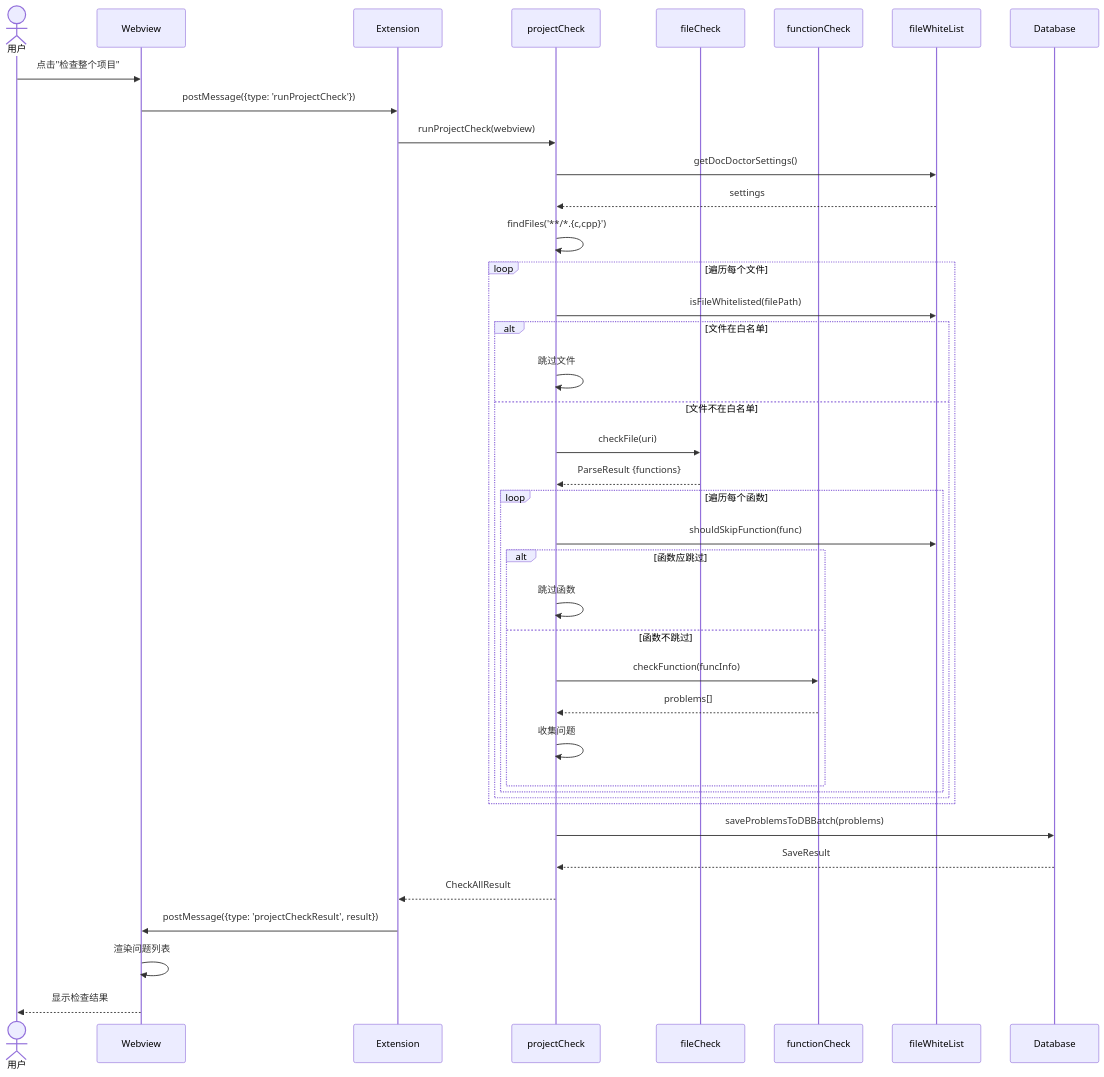
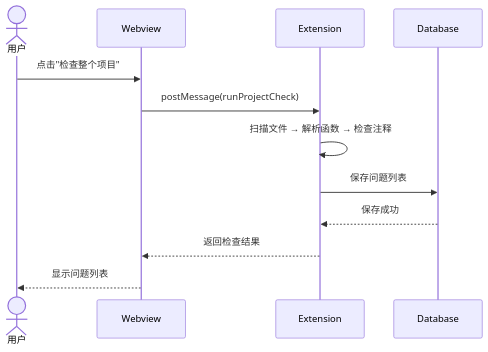
The seventh of 9 diagrams in RequirementDocument/设计文档.md (Aldebaran638/Doc-Doctor), drawn with Mermaid before and after one commit. The commit also changed other lines of this file, not shown here.

````diff
--- a/RequirementDocument/设计文档.md
+++ b/RequirementDocument/设计文档.md
@@ -351,49 +266,15 @@
 ```mermaid
 sequenceDiagram
     actor U as 用户
     participant W as Webview
     participant E as Extension
-    participant PC as projectCheck
-    participant FC as fileCheck
-    participant FN as functionCheck
-    participant WL as fileWhiteList
     participant DB as Database
 
     U->>W: 点击"检查整个项目"
-    W->>E: postMessage({type: 'runProjectCheck'})
-    E->>PC: runProjectCheck(webview)
-    
-    PC->>WL: getDocDoctorSettings()
-    WL-->>PC: settings
-    
-    PC->>PC: findFiles('**/*.{c,cpp}')
-    
-    loop 遍历每个文件
-        PC->>WL: isFileWhitelisted(filePath)
-        alt 文件在白名单
-            PC->>PC: 跳过文件
-        else 文件不在白名单
-            PC->>FC: checkFile(uri)
-            FC-->>PC: ParseResult {functions}
-            
-            loop 遍历每个函数
-                PC->>WL: shouldSkipFunction(func)
-                alt 函数应跳过
-                    PC->>PC: 跳过函数
-                else 函数不跳过
-                    PC->>FN: checkFunction(funcInfo)
-                    FN-->>PC: problems[]
-                    PC->>PC: 收集问题
-                end
-            end
-        end
-    end
-    
-    PC->>DB: saveProblemsToDBBatch(problems)
-    DB-->>PC: SaveResult
-    
-    PC-->>E: CheckAllResult
-    E->>W: postMessage({type: 'projectCheckResult', result})
-    W->>W: 渲染问题列表
-    W-->>U: 显示检查结果
+    W->>E: postMessage(runProjectCheck)
+    E->>E: 扫描文件 → 解析函数 → 检查注释
+    E->>DB: 保存问题列表
+    DB-->>E: 保存成功
+    E-->>W: 返回检查结果
+    W-->>U: 显示问题列表
 ```
````
